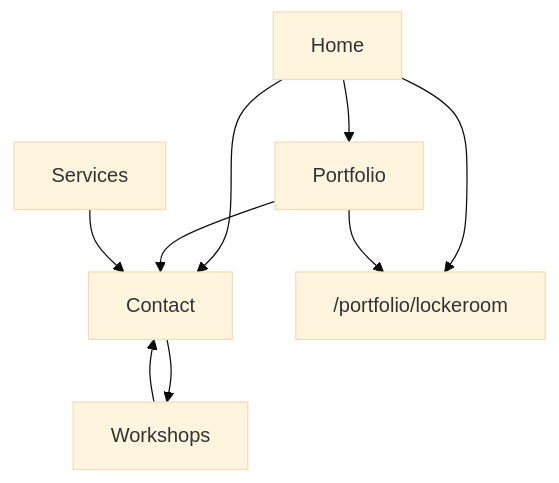
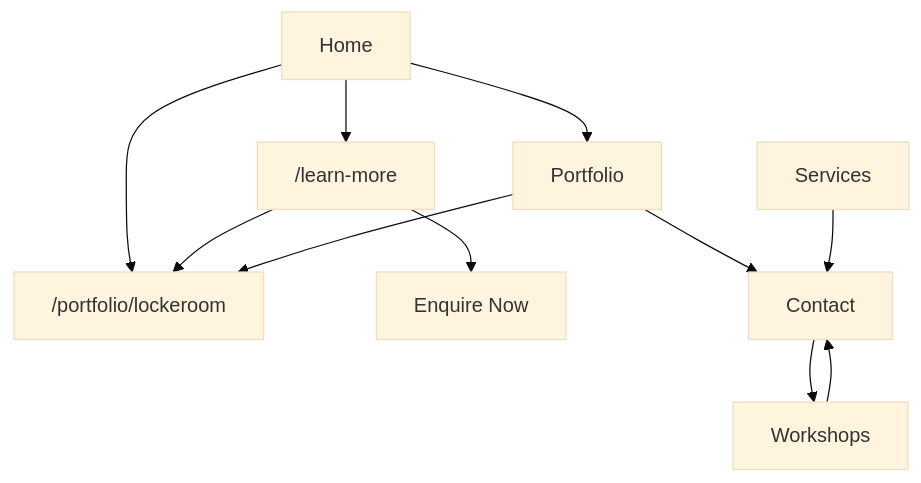
The second of 2 diagrams in docs/architecture.md (renatusco-ai/website_host), drawn with Mermaid (base theme) before and after one commit. The commit also changed other lines of this file and 14 other files, not shown here.

First line of the commit message:
Add the software-economics story behind the Home learn-more CTA.

````diff
--- a/docs/architecture.md
+++ b/docs/architecture.md
@@ -48,11 +49,13 @@
 ```mermaid
 flowchart TD
   Home["Home"] --> Portfolio
-  Home --> Contact
+  Home --> LearnMore["/learn-more"]
   Home --> Lockeroom["/portfolio/lockeroom"]
+  LearnMore --> Lockeroom
+  LearnMore --> Enquiry["Enquire Now"]
   Portfolio --> Lockeroom
   Portfolio --> Contact
   Services --> Contact
   Workshops --> Contact
   Contact --> Workshops
 ```
````
